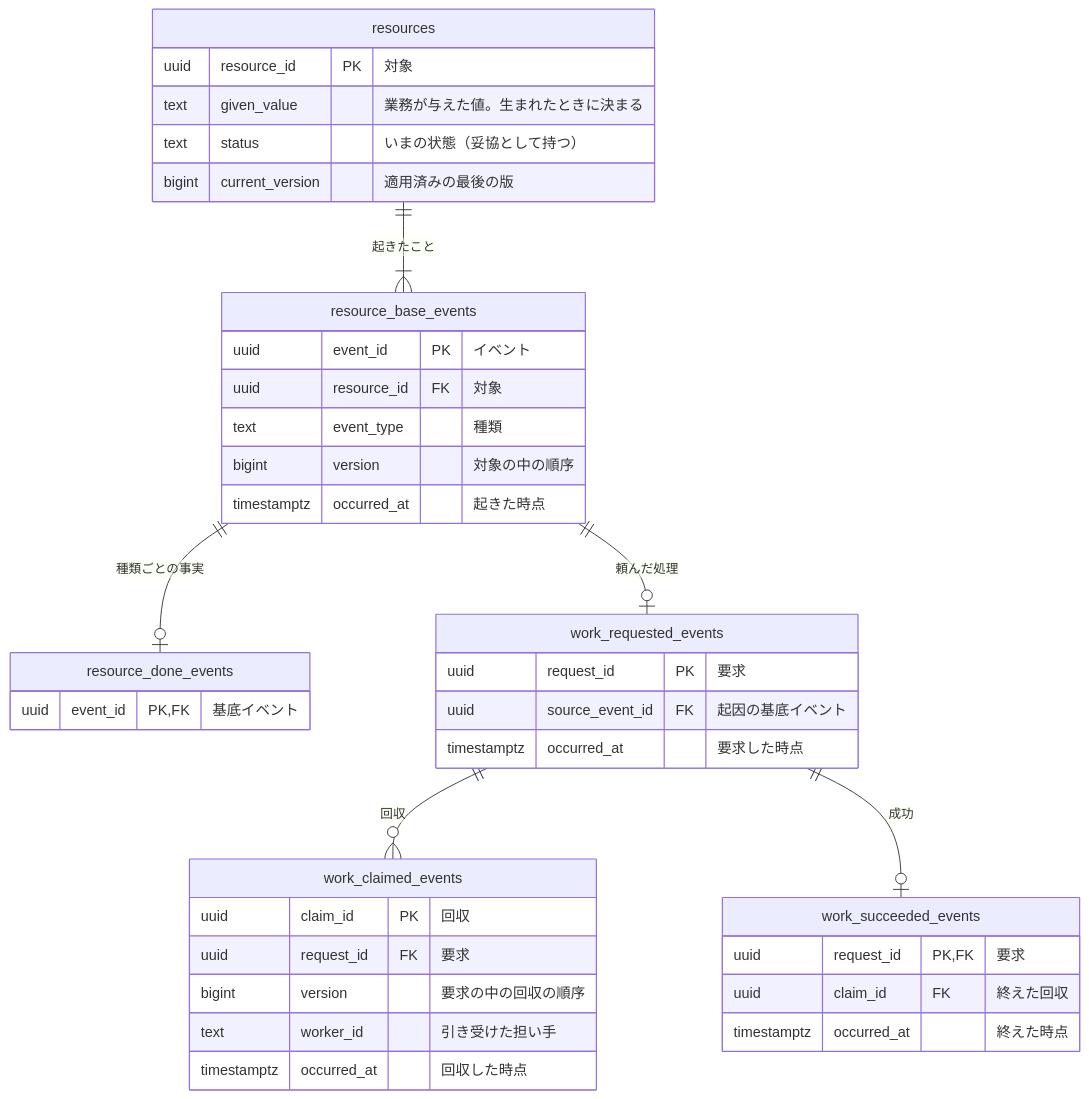
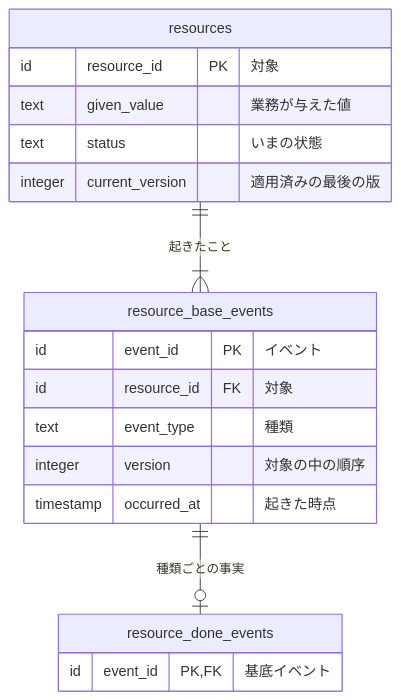
Before and after one commit to nakamori-naoya/write-doc-plugins: the diagram in plugins/write-doc/skills/write-doc/assets/templates/command-data-model.md, drawn with Mermaid. The commit also changed other lines of this file and 44 other files, not shown here.

````diff
--- a/plugins/write-doc/skills/write-doc/assets/templates/command-data-model.md
+++ b/plugins/write-doc/skills/write-doc/assets/templates/command-data-model.md
@@ -62,41 +45,21 @@
 ```mermaid
 erDiagram
     resources {
-        uuid resource_id PK "対象"
-        text given_value "業務が与えた値。生まれたときに決まる"
-        text status "いまの状態（妥協として持つ）"
-        bigint current_version "適用済みの最後の版"
+        id resource_id PK "対象"
+        text given_value "業務が与えた値"
+        text status "いまの状態"
+        integer current_version "適用済みの最後の版"
     }
     resource_base_events {
-        uuid event_id PK "イベント"
-        uuid resource_id FK "対象"
+        id event_id PK "イベント"
+        id resource_id FK "対象"
         text event_type "種類"
-        bigint version "対象の中の順序"
-        timestamptz occurred_at "起きた時点"
+        integer version "対象の中の順序"
+        timestamp occurred_at "起きた時点"
     }
     resource_done_events {
-        uuid event_id PK, FK "基底イベント"
-    }
-    work_requested_events {
-        uuid request_id PK "要求"
-        uuid source_event_id FK "起因の基底イベント"
-        timestamptz occurred_at "要求した時点"
-    }
-    work_claimed_events {
-        uuid claim_id PK "回収"
-        uuid request_id FK "要求"
-        bigint version "要求の中の回収の順序"
-        text worker_id "引き受けた担い手"
-        timestamptz occurred_at "回収した時点"
-    }
-    work_succeeded_events {
-        uuid request_id PK, FK "要求"
-        uuid claim_id FK "終えた回収"
-        timestamptz occurred_at "終えた時点"
+        id event_id PK, FK "基底イベント"
     }
     resources ||--|{ resource_base_events : "起きたこと"
     resource_base_events ||--o| resource_done_events : "種類ごとの事実"
-    resource_base_events ||--o| work_requested_events : "頼んだ処理"
-    work_requested_events ||--o{ work_claimed_events : "回収"
-    work_requested_events ||--o| work_succeeded_events : "成功"
 ```
````
